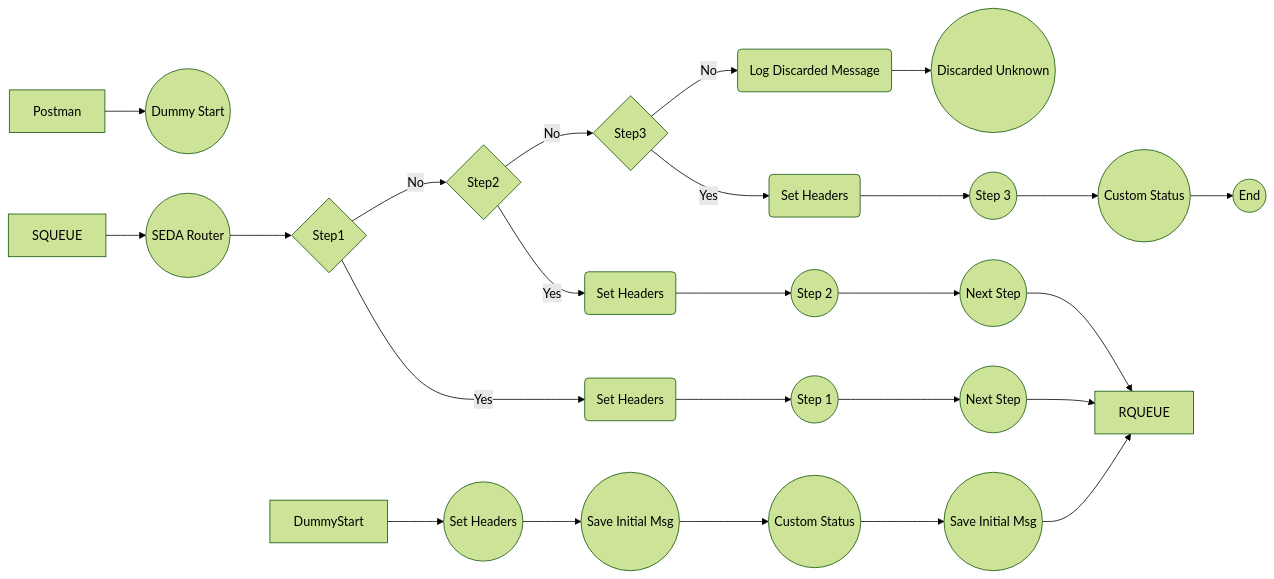
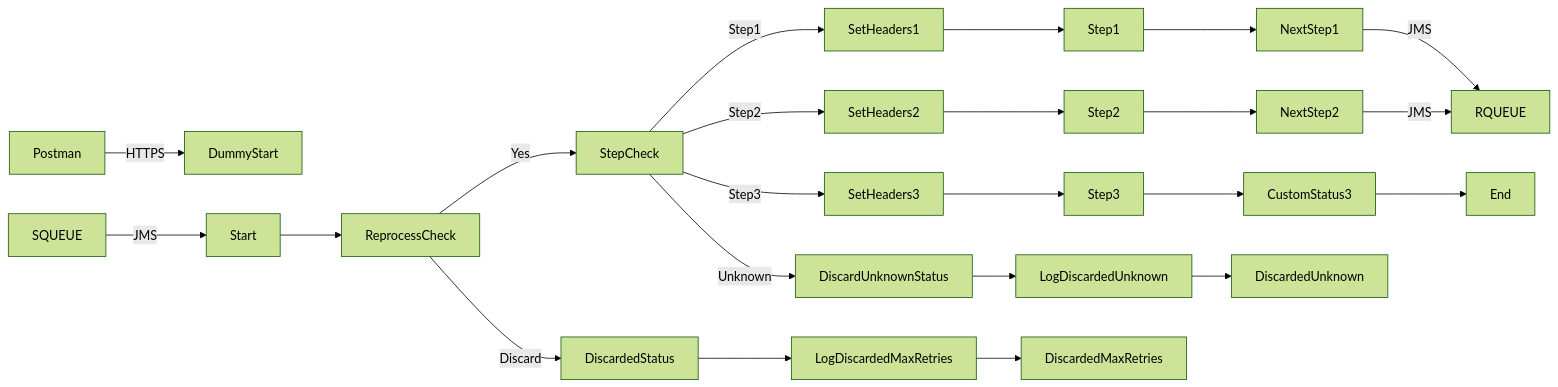
The diagram in MMZ - Cell Iflows/SEDA_Model_-_Single_Queue_-_Restart_and_Discard_MMZ-1.0.1/readme.md (Avvale-IA-CICD/AvvaleCPI), drawn with Mermaid (forest theme) before and after one commit. The commit also changed other lines of this file, not shown here.

Commit message:
Add/update documentation for SEDA_Model_-_Single_Queue_-_Restart_and_Discard_MMZ v1.0.1

````diff
--- a/MMZ - Cell Iflows/SEDA_Model_-_Single_Queue_-_Restart_and_Discard_MMZ-1.0.1/readme.md
+++ b/MMZ - Cell Iflows/SEDA_Model_-_Single_Queue_-_Restart_and_Discard_MMZ-1.0.1/readme.md
@@ -4,27 +4,25 @@
 ```mermaid
 graph LR
-    Postman --> HTTPS_Sender((Dummy Start))
-    SQUEUE --> JMS_Sender((SEDA Router))
-    JMS_Sender --> Step1{Step1}
-    Step1 -- Yes --> Step1Headers(Set Headers)
-    Step1 -- No --> Step2{Step2}
-    Step2 -- Yes --> Step2Headers(Set Headers)
-    Step2 -- No --> Step3{Step3}
-    Step3 -- Yes --> Step3Headers(Set Headers)
-    Step3 -- No --> DiscardUnknown(Log Discarded Message)
-    Step1Headers --> Step1Call((Step 1))
-    Step2Headers --> Step2Call((Step 2))
-    Step3Headers --> Step3Call((Step 3))
-    Step1Call --> JMS_STEP2((Next Step))
-    Step2Call --> JMS_STEP3((Next Step))
-    Step3Call --> CustomStatus((Custom Status))
-    JMS_STEP2 --> RQUEUE
-    JMS_STEP3 --> RQUEUE
-    CustomStatus --> End((End))
-    DiscardUnknown --> EndDiscarded((Discarded Unknown))
-    DummyStart --> SetHeaders((Set Headers))
-    SetHeaders --> SaveInitialMsg((Save Initial Msg))
-    SaveInitialMsg --> CustomStatus0((Custom Status))
-    CustomStatus0 --> JMS_STEP0((Save Initial Msg))
-    JMS_STEP0 --> RQUEUE
+    Postman -- HTTPS --> DummyStart
+    SQUEUE -- JMS --> Start
+    Start --> ReprocessCheck
+    ReprocessCheck -- Discard --> DiscardedStatus
+    ReprocessCheck -- Yes --> StepCheck
+    StepCheck -- Step1 --> SetHeaders1
+    StepCheck -- Step2 --> SetHeaders2
+    StepCheck -- Step3 --> SetHeaders3
+    StepCheck -- Unknown --> DiscardUnknownStatus
+    SetHeaders1 --> Step1
+    SetHeaders2 --> Step2
+    SetHeaders3 --> Step3
+    Step1 --> NextStep1
+    Step2 --> NextStep2
+    Step3 --> CustomStatus3
+    NextStep1 -- JMS --> RQUEUE
+    NextStep2 -- JMS --> RQUEUE
+    DiscardedStatus --> LogDiscardedMaxRetries
+    DiscardUnknownStatus --> LogDiscardedUnknown
+    LogDiscardedMaxRetries --> DiscardedMaxRetries
+    LogDiscardedUnknown --> DiscardedUnknown
+    CustomStatus3 --> End
 ```
````
